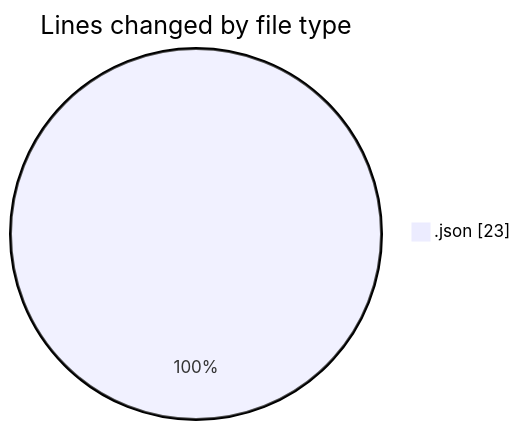
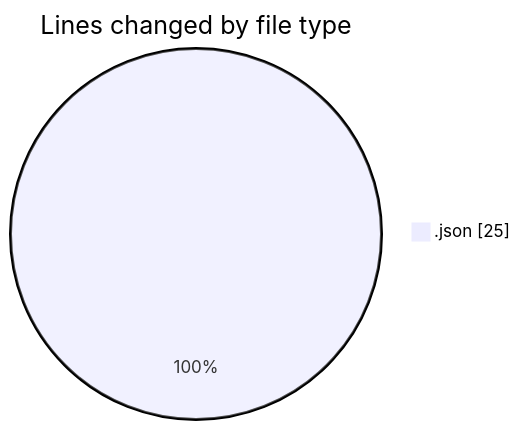
Before and after one commit to robertbonfada/code-tracking: the first of 2 diagrams in 2025-01-07/mbc-web/README.md, drawn with Mermaid. The commit also changed other lines of this file and 1 other file, not shown here.

````diff
--- a/2025-01-07/mbc-web/README.md
+++ b/2025-01-07/mbc-web/README.md
@@ -20,5 +20,5 @@
 ```mermaid
 pie showData
 title Lines changed by file type
-".json" : 23
+".json" : 25
 ```
````
